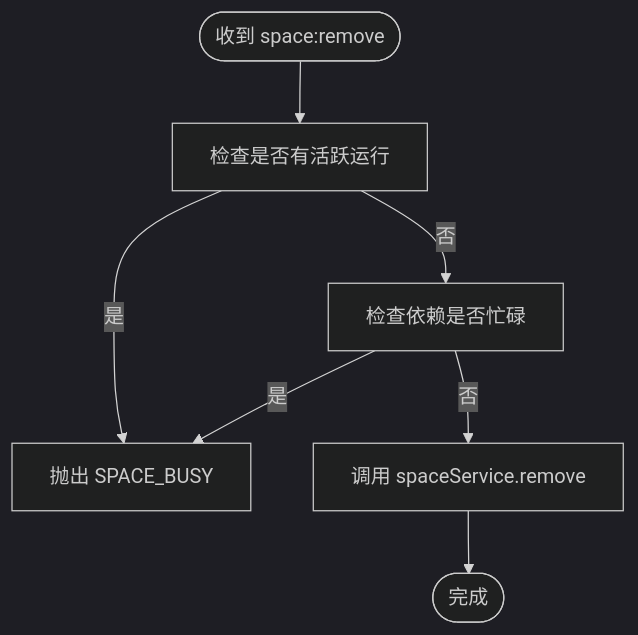
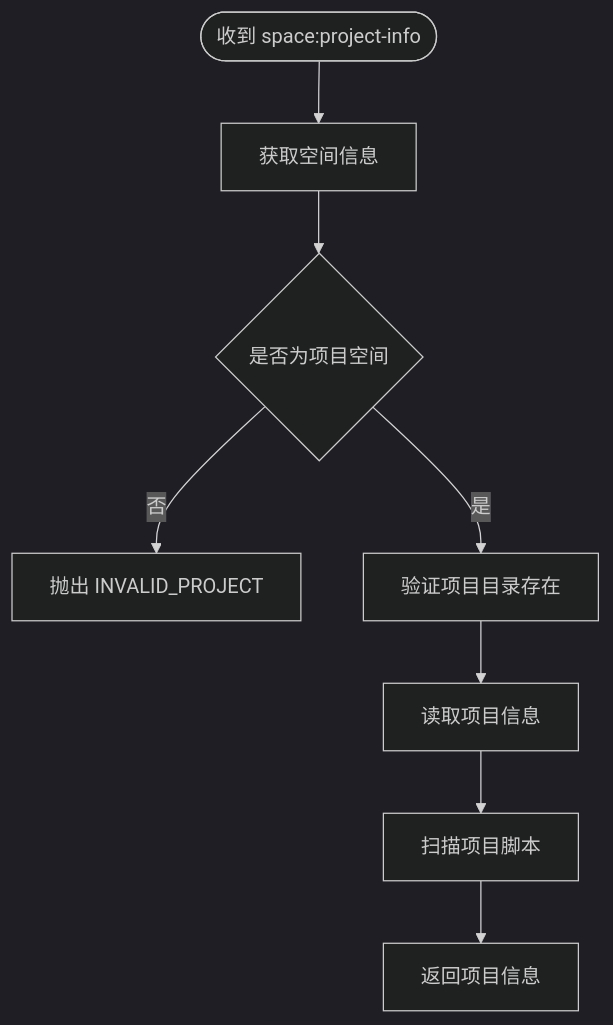
Before and after one commit to hozeeee/script-box: the fifth of 11 diagrams in .qoder/repowiki/zh/content/核心服务层/Space 服务（项目空间管理）.md, drawn with Mermaid (dark theme). The commit also changed other lines of this file and 76 other files, not shown here.

````diff
--- a/.qoder/repowiki/zh/content/核心服务层/Space 服务（项目空间管理）.md
+++ b/.qoder/repowiki/zh/content/核心服务层/Space 服务（项目空间管理）.md
@@ -165,9 +221,10 @@
 ```mermaid
 flowchart TD
-Start(["收到 space:remove"]) --> CheckRun["检查是否有活跃运行"]
-CheckRun --> |是| Busy["抛出 SPACE_BUSY"]
-CheckRun --> |否| CheckDeps["检查依赖是否忙碌"]
-CheckDeps --> |是| Busy
-CheckDeps --> |否| DoRemove["调用 spaceService.remove"]
-DoRemove --> End(["完成"])
+Start(["收到 space:project-info"]) --> GetSpace["获取空间信息"]
+GetSpace --> CheckProject{"是否为项目空间"}
+CheckProject --> |否| Error["抛出 INVALID_PROJECT"]
+CheckProject --> |是| AssertDir["验证项目目录存在"]
+AssertDir --> ReadInfo["读取项目信息"]
+ReadInfo --> ScanScripts["扫描项目脚本"]
+ScanScripts --> ReturnInfo["返回项目信息"]
 ```
````
